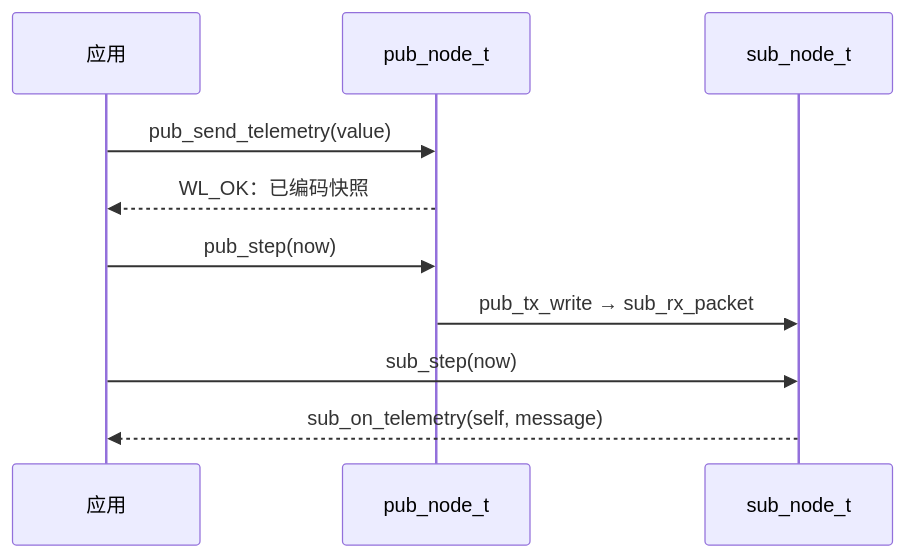
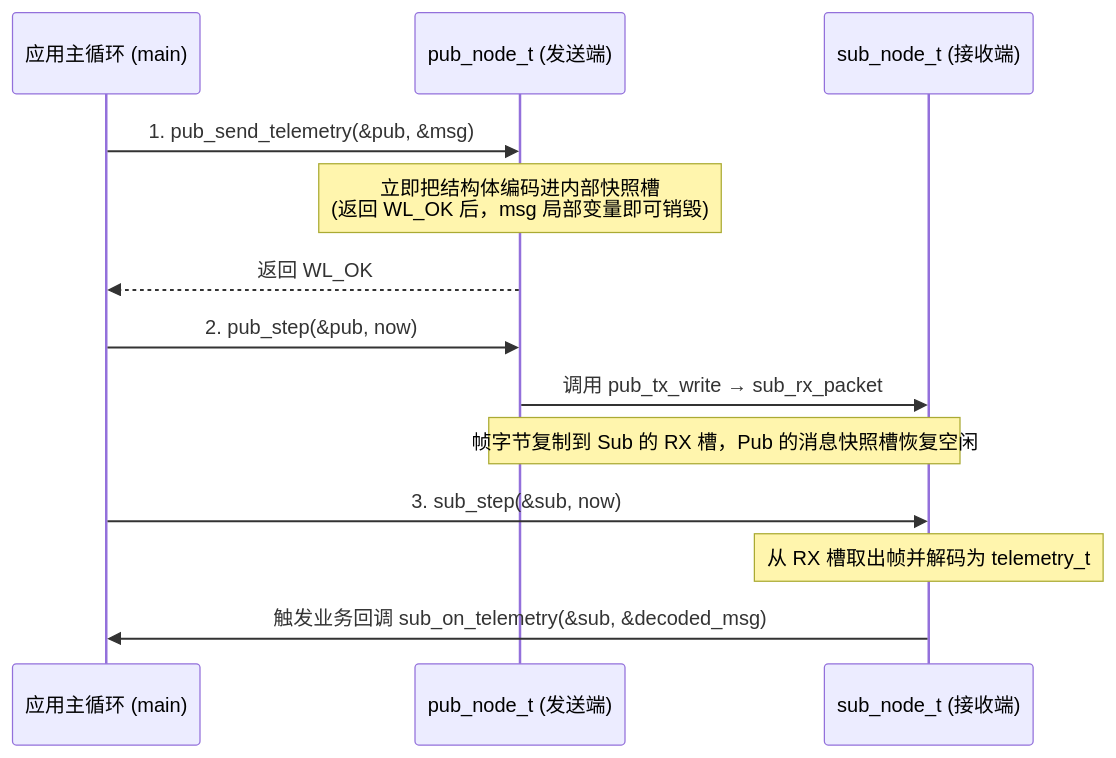
One commit to starwey604/wirelink changed the diagram in site/src/content/docs/zh-cn/learn/02-telemetry.mdx. Above: the diagram before and after it, drawn with Mermaid. The commit also changed other lines of this file and 26 other files, not shown here.

````diff
--- a/site/src/content/docs/zh-cn/learn/02-telemetry.mdx
+++ b/site/src/content/docs/zh-cn/learn/02-telemetry.mdx
@@ -83,12 +163,18 @@
 ```mermaid
 sequenceDiagram
-  participant A as 应用
-  participant P as pub_node_t
-  participant S as sub_node_t
-  A->>P: pub_send_telemetry(value)
-  P-->>A: WL_OK：已编码快照
-  A->>P: pub_step(now)
-  P->>S: pub_tx_write → sub_rx_packet
-  A->>S: sub_step(now)
-  S-->>A: sub_on_telemetry(self, message)
+  participant App as 应用主循环 (main)
+  participant Pub as pub_node_t (发送端)
+  participant Sub as sub_node_t (接收端)
+
+  App->>Pub: 1. pub_send_telemetry(&pub, &msg)
+  Note over Pub: 立即把结构体编码进内部快照槽<br/>(返回 WL_OK 后，msg 局部变量即可销毁)
+  Pub-->>App: 返回 WL_OK
+
+  App->>Pub: 2. pub_step(&pub, now)
+  Pub->>Sub: 调用 pub_tx_write → sub_rx_packet
+  Note over Pub,Sub: 帧字节复制到 Sub 的 RX 槽，Pub 的消息快照槽恢复空闲
+
+  App->>Sub: 3. sub_step(&sub, now)
+  Note over Sub: 从 RX 槽取出帧并解码为 telemetry_t
+  Sub->>App: 触发业务回调 sub_on_telemetry(&sub, &decoded_msg)
 ```
````
